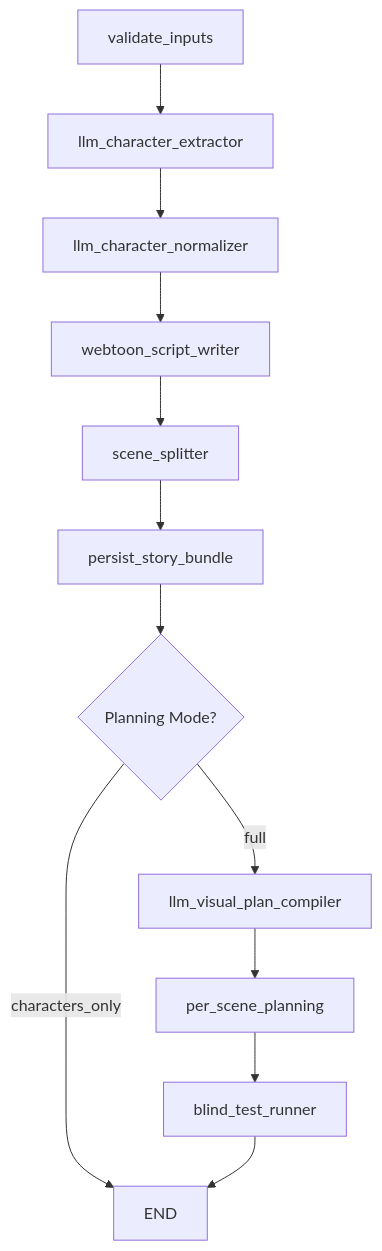
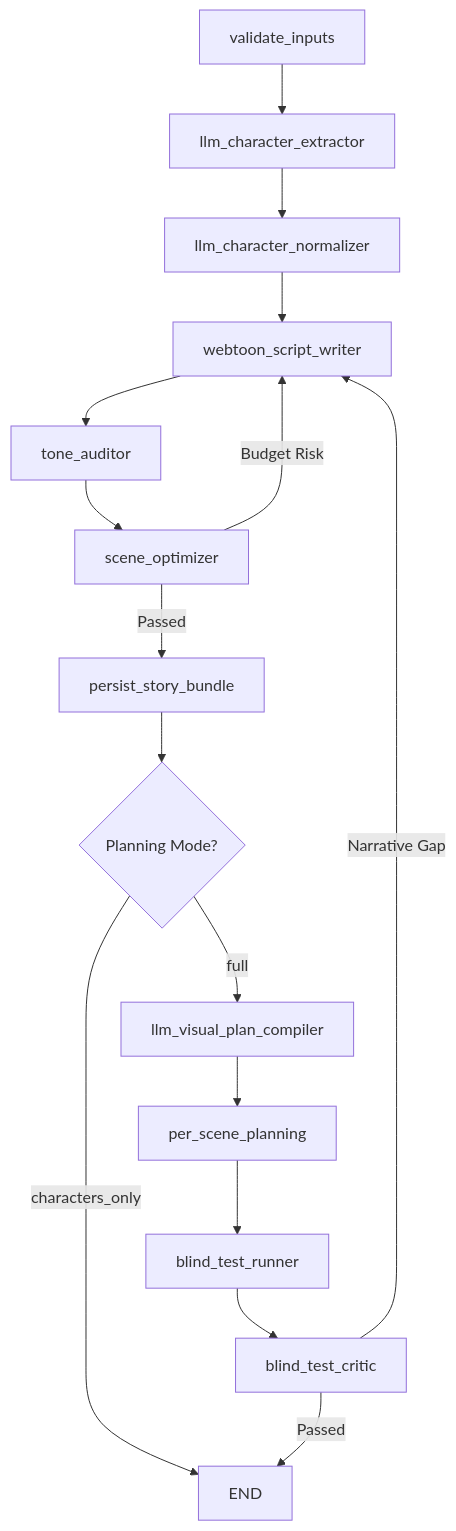
The first of 3 diagrams in docs/02-langgraph-architecture.md (taigi0315/webtoon_ddalggak), drawn with Mermaid before and after one commit. The commit also changed other lines of this file and 31 other files, not shown here.

````diff
--- a/docs/02-langgraph-architecture.md
+++ b/docs/02-langgraph-architecture.md
@@ -71,16 +72,21 @@
 ```mermaid
 graph TD
     A[validate_inputs] --> B[llm_character_extractor]
     B --> C[llm_character_normalizer]
     C --> D[webtoon_script_writer]
-    D --> E[scene_splitter]
-    E --> F[persist_story_bundle]
+    D --> E[tone_auditor]
+    E --> F[scene_optimizer]
 
-    F --> G{Planning Mode?}
-    G -->|characters_only| Z[END]
-    G -->|full| H[llm_visual_plan_compiler]
+    F -->|Budget Risk| D
+    F -->|Passed| G[persist_story_bundle]
 
-    H --> I[per_scene_planning]
-    I --> J[blind_test_runner]
-    J --> Z
+    G --> H{Planning Mode?}
+    H -->|characters_only| Z[END]
+    H -->|full| I[llm_visual_plan_compiler]
+
+    I --> J[per_scene_planning]
+    J --> K[blind_test_runner]
+    K --> L[blind_test_critic]
+    L -->|Narrative Gap| D
+    L -->|Passed| Z
 ```
````
